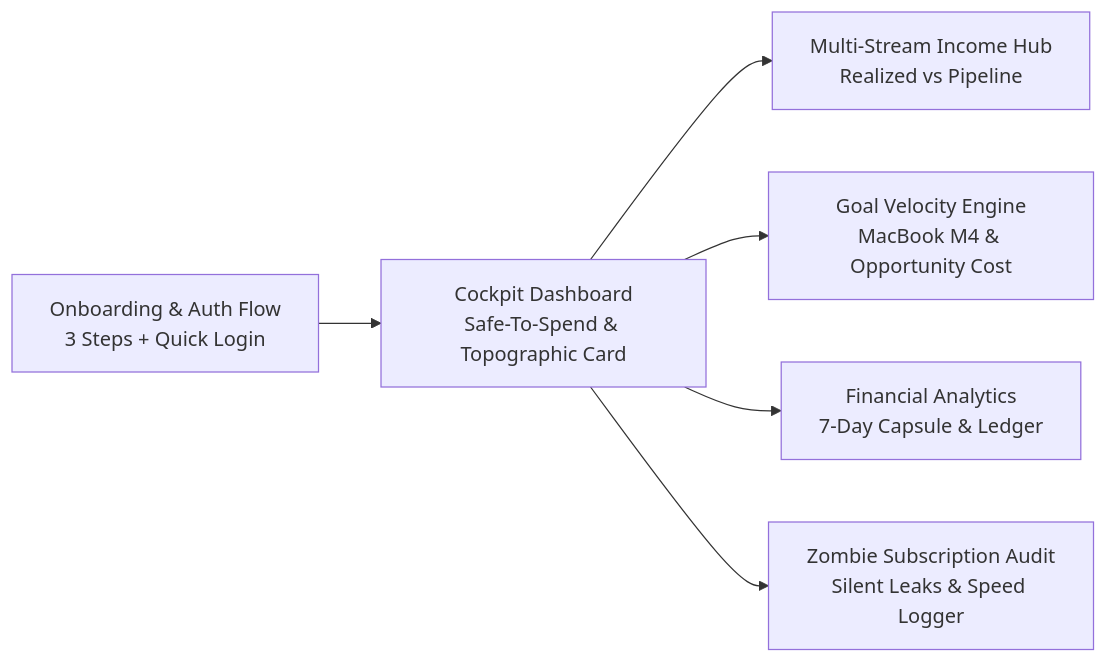
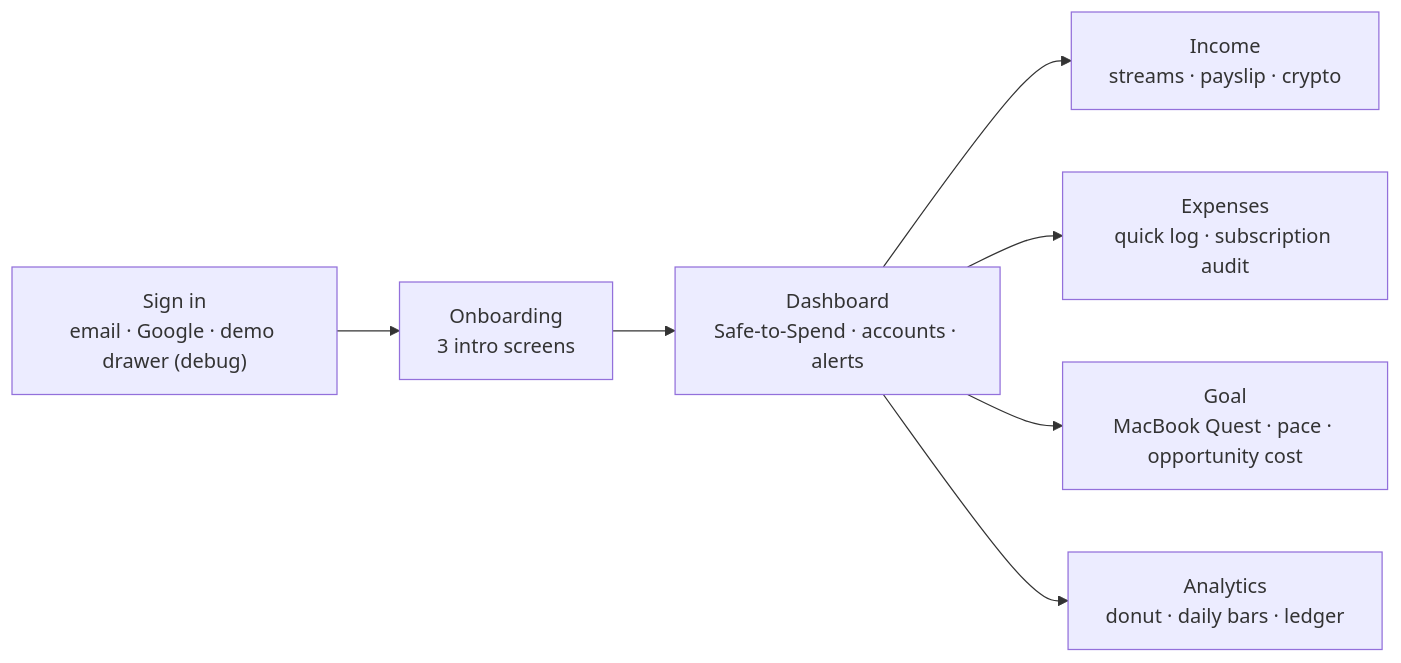
Before and after one commit to Hesara2003/PulseFinance-SE3092: the diagram in docs/FEATURES_SPECIFICATION.md, drawn with Mermaid. The commit also changed other lines of this file, not shown here.

First line of the commit message:
docs(features): rewrite the features spec from the screens as built

````diff
--- a/docs/FEATURES_SPECIFICATION.md
+++ b/docs/FEATURES_SPECIFICATION.md
@@ -7,8 +5,9 @@
 ```mermaid
-graph LR
-    Auth[Onboarding & Auth Flow<br/>3 Steps + Quick Login] --> Dashboard[Cockpit Dashboard<br/>Safe-To-Spend & Topographic Card]
-    Dashboard --> Income[Multi-Stream Income Hub<br/>Realized vs Pipeline]
-    Dashboard --> Goal[Goal Velocity Engine<br/>MacBook M4 & Opportunity Cost]
-    Dashboard --> Analytics[Financial Analytics<br/>7-Day Capsule & Ledger]
-    Dashboard --> Expense[Zombie Subscription Audit<br/>Silent Leaks & Speed Logger]
+flowchart LR
+    Auth["Sign in<br/>email · Google · demo drawer (debug)"] --> Onb["Onboarding<br/>3 intro screens"]
+    Onb --> Dash["Dashboard<br/>Safe-to-Spend · accounts · alerts"]
+    Dash --> Inc["Income<br/>streams · payslip · crypto"]
+    Dash --> Exp["Expenses<br/>quick log · subscription audit"]
+    Dash --> Goal["Goal<br/>MacBook Quest · pace · opportunity cost"]
+    Dash --> Ana["Analytics<br/>donut · daily bars · ledger"]
 ```
````
